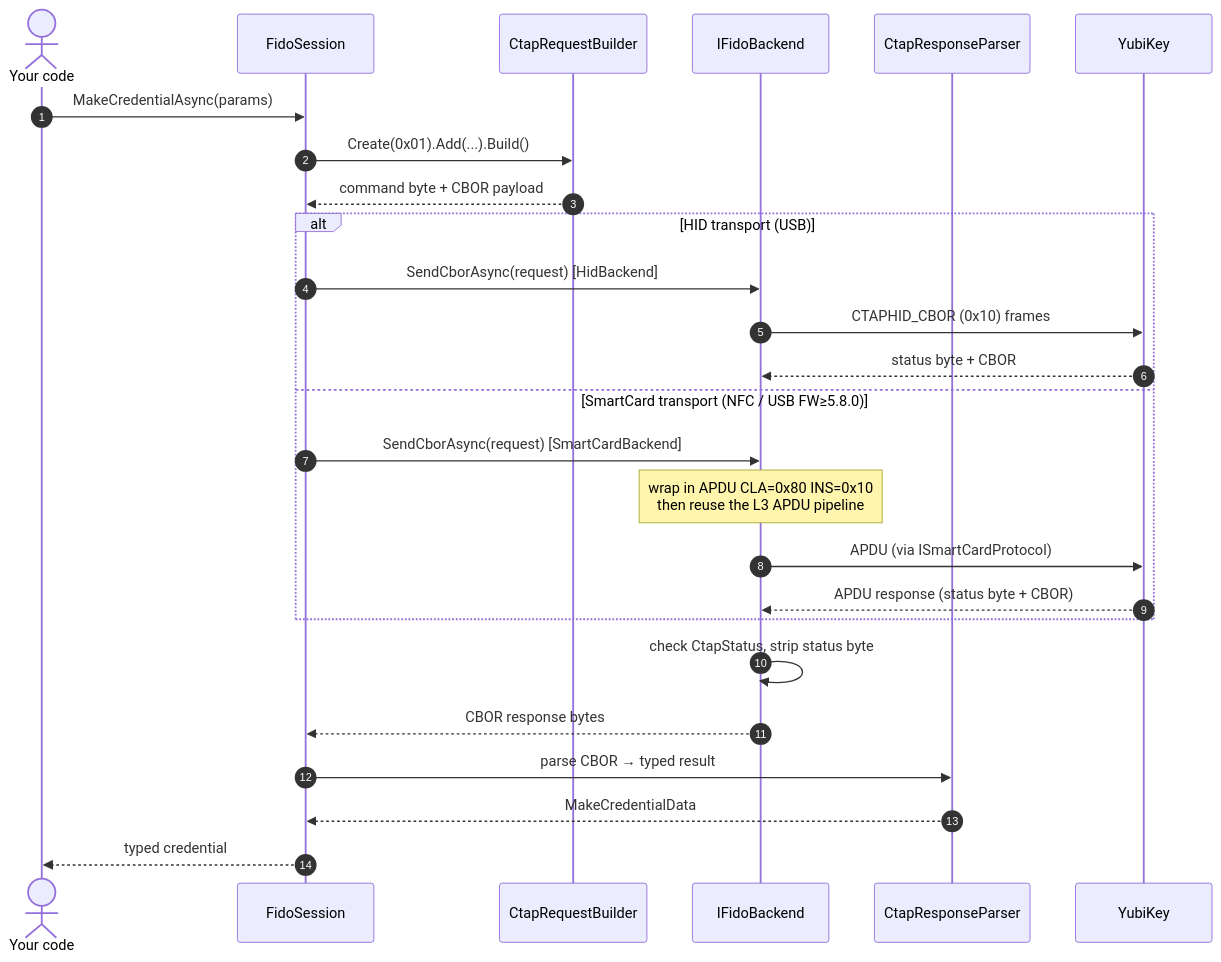
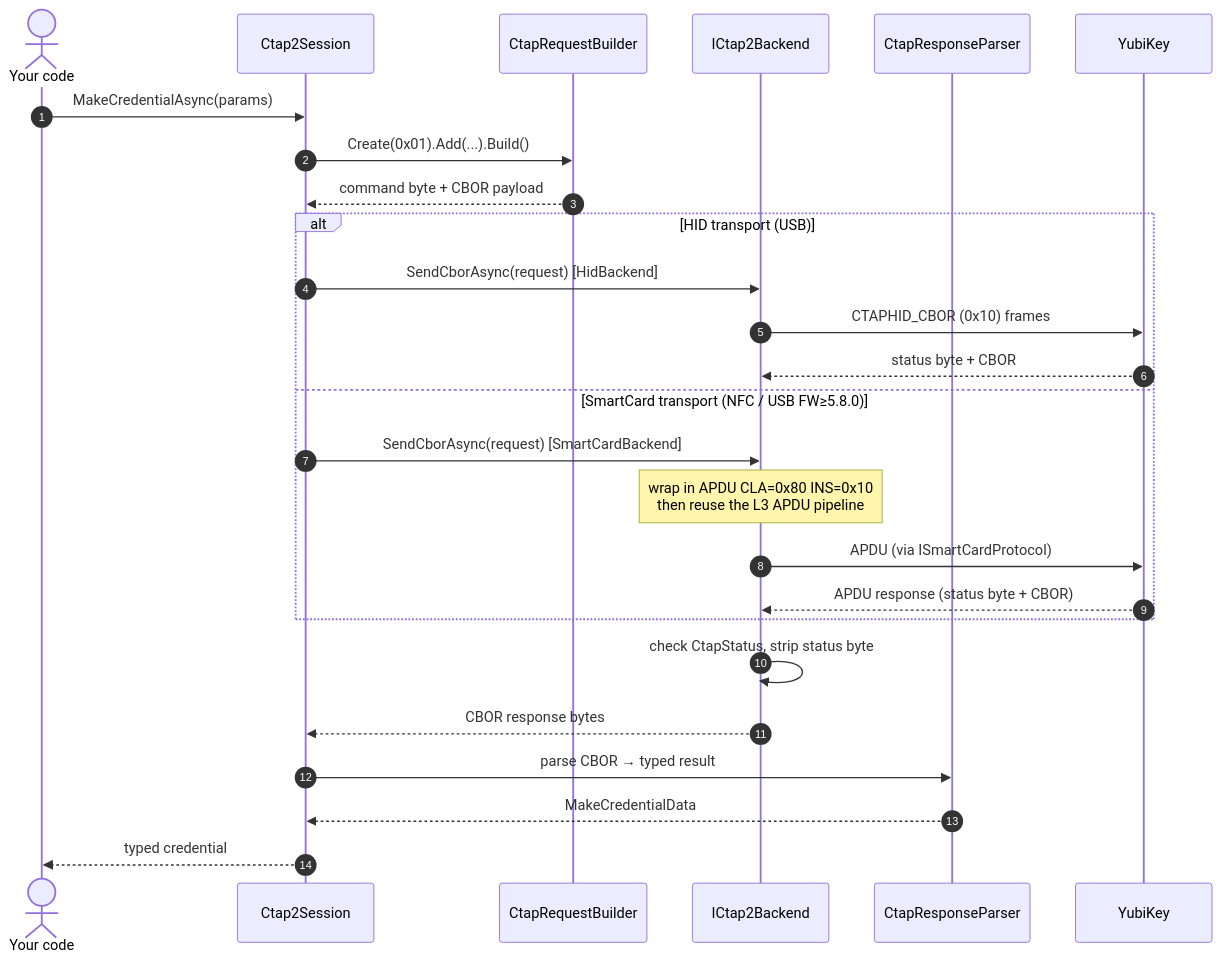
The fifth of 7 diagrams in docs/architecture/sdk-architecture-diagrams.md (Yubico/Yubico.NET.SDK), drawn with Mermaid before and after one commit. The commit also changed other lines of this file and 535 other files, not shown here.

````diff
--- a/docs/architecture/sdk-architecture-diagrams.md
+++ b/docs/architecture/sdk-architecture-diagrams.md
@@ -241,29 +241,29 @@
 ```mermaid
 sequenceDiagram
     autonumber
     actor Caller as Your code
-    participant Sess as FidoSession
+    participant Sess as Ctap2Session
     participant Build as CtapRequestBuilder
-    participant Back as IFidoBackend
+    participant Back as ICtap2Backend
     participant Parse as CtapResponseParser
     participant HW as YubiKey
 
     Caller->>Sess: MakeCredentialAsync(params)
     Sess->>Build: Create(0x01).Add(...).Build()
     Build-->>Sess: command byte + CBOR payload
     alt HID transport (USB)
         Sess->>Back: SendCborAsync(request) [HidBackend]
         Back->>HW: CTAPHID_CBOR (0x10) frames
         HW-->>Back: status byte + CBOR
     else SmartCard transport (NFC / USB FW≥5.8.0)
         Sess->>Back: SendCborAsync(request) [SmartCardBackend]
         Note over Back: wrap in APDU CLA=0x80 INS=0x10<br/>then reuse the L3 APDU pipeline
         Back->>HW: APDU (via ISmartCardProtocol)
         HW-->>Back: APDU response (status byte + CBOR)
     end
     Back->>Back: check CtapStatus, strip status byte
     Back-->>Sess: CBOR response bytes
     Sess->>Parse: parse CBOR → typed result
     Parse-->>Sess: MakeCredentialData
     Sess-->>Caller: typed credential
 ```
````
